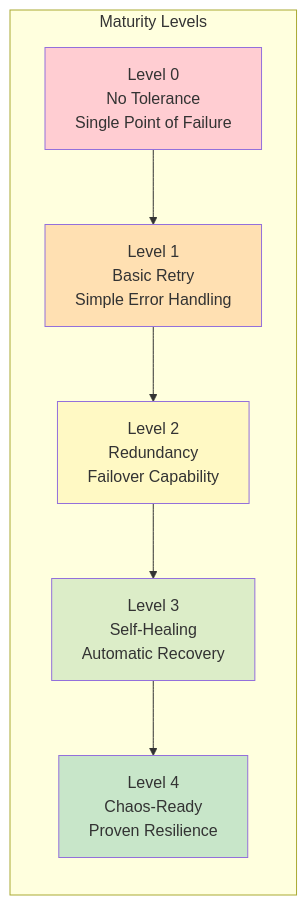
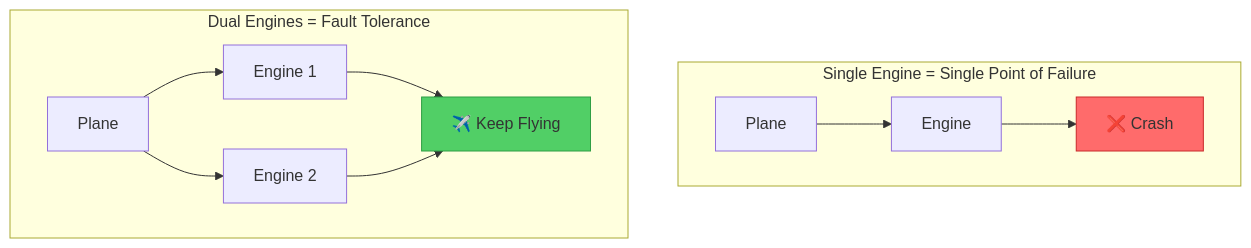
Before and after one commit to deepaucksharma/DStudio: the first of 6 diagrams in docs/pattern-library/resilience/fault-tolerance.md, drawn with Mermaid. The commit also changed other lines of this file and 119 other files, not shown here.

````diff
--- a/docs/pattern-library/resilience/fault-tolerance.md
+++ b/docs/pattern-library/resilience/fault-tolerance.md
@@ -102,18 +69,17 @@
 ```mermaid
-graph LR
-    subgraph "Maturity Levels"
-        L0[Level 0<br/>No Tolerance<br/>Single Point of Failure]
-        L1[Level 1<br/>Basic Retry<br/>Simple Error Handling]
-        L2[Level 2<br/>Redundancy<br/>Failover Capability]
-        L3[Level 3<br/>Self-Healing<br/>Automatic Recovery]
-        L4[Level 4<br/>Chaos-Ready<br/>Proven Resilience]
-        
-        L0 --> L1 --> L2 --> L3 --> L4
+graph TB
+    subgraph "Single Engine = Single Point of Failure"
+        P1[Plane] --> E1[Engine]
+        E1 --> X[❌ Crash]
     end
     
-    style L0 fill:#ffcdd2
-    style L1 fill:#ffe0b2
-    style L2 fill:#fff9c4
-    style L3 fill:#dcedc8
-    style L4 fill:#c8e6c9
+    subgraph "Dual Engines = Fault Tolerance"
+        P2[Plane] --> E2[Engine 1]
+        P2 --> E3[Engine 2]
+        E2 --> F[✈️ Keep Flying]
+        E3 --> F
+    end
+    
+    style X fill:#ff6b6b,stroke:#c92a2a
+    style F fill:#51cf66,stroke:#2f9e44
 ```
````
